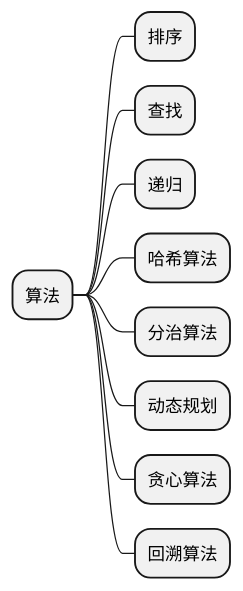
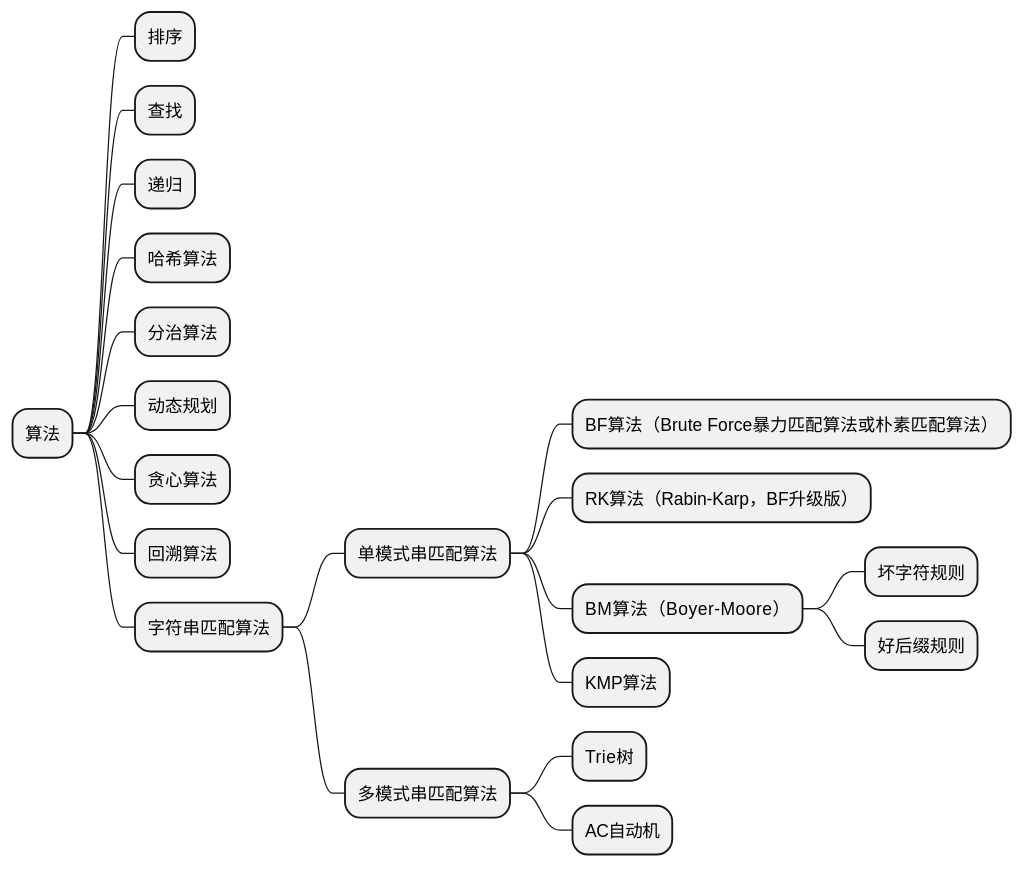
One commit to liangjunkaili/java changed the diagram in src/main/java/study20200825/algorithm.puml. Above: the diagram before and after it, drawn with PlantUML. The commit also changed 2 other files, not shown here.

```diff
--- a/src/main/java/study20200825/algorithm.puml
+++ b/src/main/java/study20200825/algorithm.puml
@@ -1,11 +1,22 @@
 @startmindmap
 * 算法
 ** 排序
 ** 查找
 ** 递归
 ** 哈希算法
 ** 分治算法
 ** 动态规划
 ** 贪心算法
 ** 回溯算法
+** 字符串匹配算法
+*** 单模式串匹配算法
+**** BF算法（Brute Force暴力匹配算法或朴素匹配算法）
+**** RK算法（Rabin-Karp，BF升级版）
+**** BM算法（Boyer-Moore）
+***** 坏字符规则
+***** 好后缀规则
+**** KMP算法
+*** 多模式串匹配算法
+**** Trie树
+**** AC自动机
 @endmindmap
```
